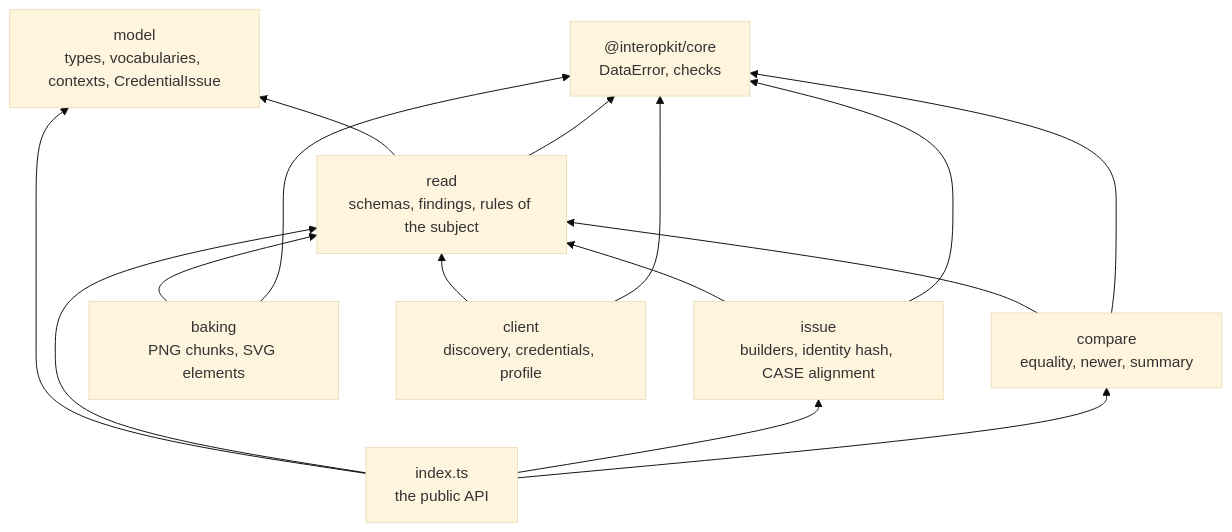
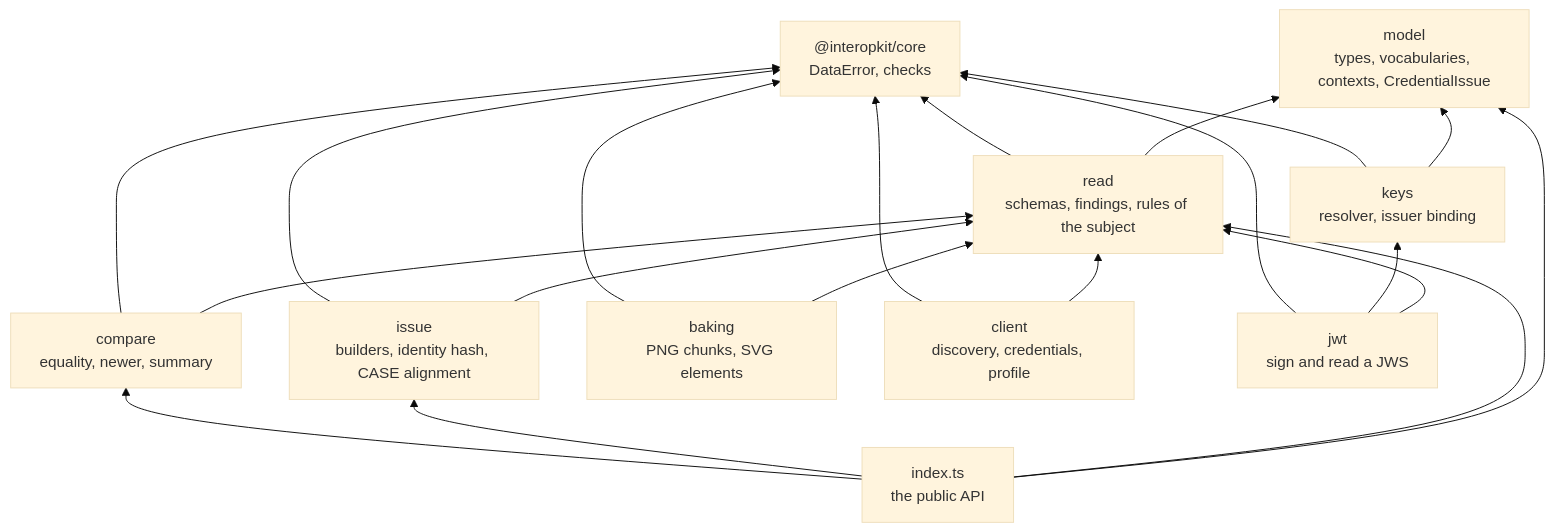
The first of 2 diagrams in docs/achievement-credentials/architecture.md (interopkit/interopkit), drawn with Mermaid (base theme) before and after one commit. The commit also changed other lines of this file and 49 other files, not shown here.

First line of the commit message:
Add keys and JWT proofs to achievement-credentials: the key resolver, the binding of a key to its issuer, and credentials as signed and read JWTs

````diff
--- a/docs/achievement-credentials/architecture.md
+++ b/docs/achievement-credentials/architecture.md
@@ -9,25 +11,32 @@
 ```mermaid
 flowchart BT
   core["@interopkit/core<br/>DataError, checks"]
   model["model<br/>types, vocabularies, contexts, CredentialIssue"]
   read["read<br/>schemas, findings, rules of the subject"]
   issue["issue<br/>builders, identity hash, CASE alignment"]
   compare["compare<br/>equality, newer, summary"]
   baking["baking<br/>PNG chunks, SVG elements"]
   client["client<br/>discovery, credentials, profile"]
+  keys["keys<br/>resolver, issuer binding"]
+  jwt["jwt<br/>sign and read a JWS"]
   root["index.ts<br/>the public API"]
   read --> model
   read --> core
   issue --> read
   issue --> core
   compare --> read
   compare --> core
   baking --> read
   baking --> core
   client --> read
   client --> core
+  keys --> model
+  keys --> core
+  jwt --> read
+  jwt --> keys
+  jwt --> core
   root --> model
   root --> read
   root --> issue
   root --> compare
 ```
````
